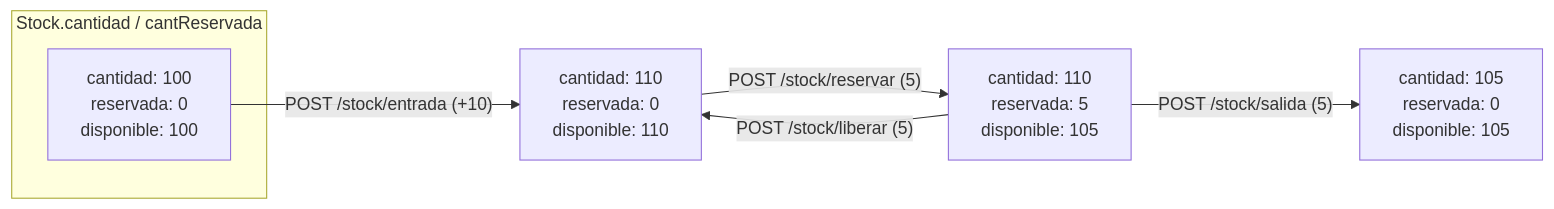
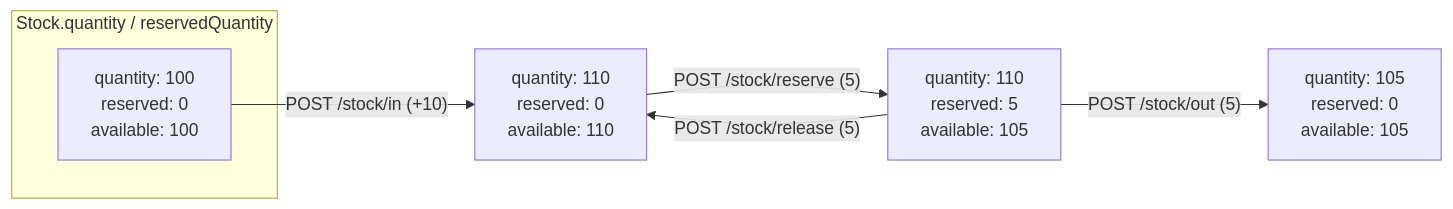
One commit to smartLogixfs/smartlogixs changed the second of 4 diagrams in backend/ms-inventory/README.md. Above: the diagram before and after it, drawn with Mermaid. The commit also changed other lines of this file and 8 other files, not shown here.

````diff
--- a/backend/ms-inventory/README.md
+++ b/backend/ms-inventory/README.md
@@ -92,11 +110,11 @@
 ```mermaid
 flowchart LR
-    subgraph Cantidades["Stock.cantidad / cantReservada"]
-        C["cantidad: 100<br/>reservada: 0<br/>disponible: 100"]
+    subgraph Quantities["Stock.quantity / reservedQuantity"]
+        C["quantity: 100<br/>reserved: 0<br/>available: 100"]
     end
 
-    C -- "POST /stock/entrada (+10)" --> C1["cantidad: 110<br/>reservada: 0<br/>disponible: 110"]
-    C1 -- "POST /stock/reservar (5)" --> C2["cantidad: 110<br/>reservada: 5<br/>disponible: 105"]
-    C2 -- "POST /stock/salida (5)" --> C3["cantidad: 105<br/>reservada: 0<br/>disponible: 105"]
-    C2 -- "POST /stock/liberar (5)" --> C1
+    C -- "POST /stock/in (+10)" --> C1["quantity: 110<br/>reserved: 0<br/>available: 110"]
+    C1 -- "POST /stock/reserve (5)" --> C2["quantity: 110<br/>reserved: 5<br/>available: 105"]
+    C2 -- "POST /stock/out (5)" --> C3["quantity: 105<br/>reserved: 0<br/>available: 105"]
+    C2 -- "POST /stock/release (5)" --> C1
 ```
````
